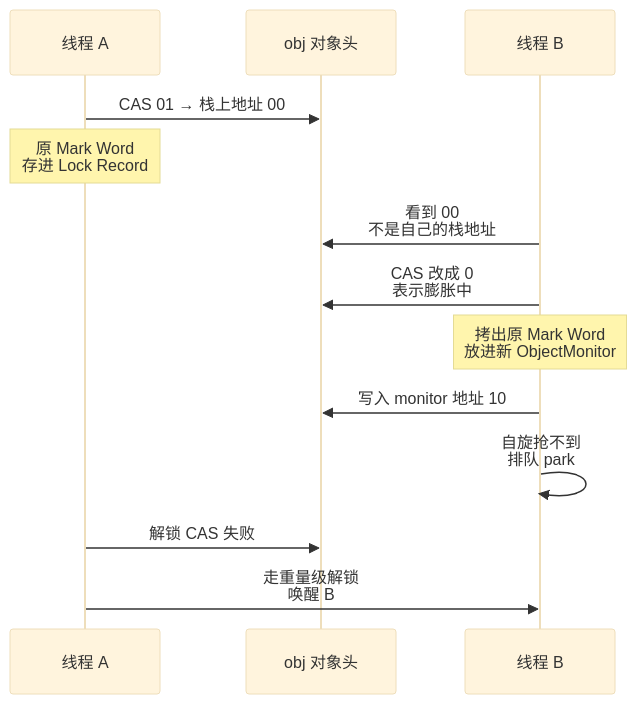
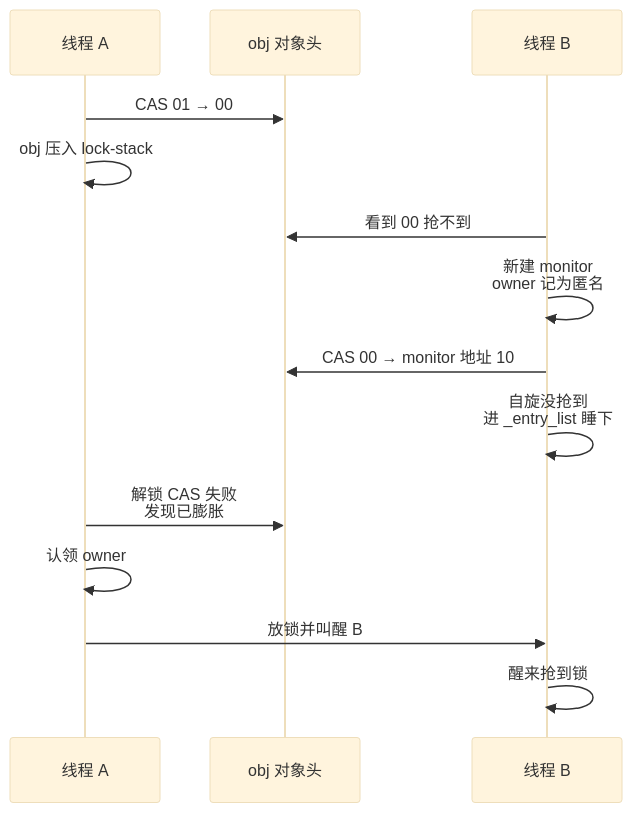
Before and after one commit to mamawai/mamawai.github.io: the second of 6 diagrams in docs/java/concurrency/synchronized-lock-upgrade.md, drawn with Mermaid (base theme). The commit also changed other lines of this file and 2 other files, not shown here.

````diff
--- a/docs/java/concurrency/synchronized-lock-upgrade.md
+++ b/docs/java/concurrency/synchronized-lock-upgrade.md
@@ -138,15 +121,16 @@
 ```mermaid
 sequenceDiagram
   participant A as 线程 A
   participant O as obj 对象头
   participant B as 线程 B
-  A->>O: CAS 01 → 栈上地址 00
-  Note over A: 原 Mark Word<br>存进 Lock Record
-  B->>O: 看到 00<br>不是自己的栈地址
-  B->>O: CAS 改成 0<br>表示膨胀中
-  Note over B: 拷出原 Mark Word<br>放进新 ObjectMonitor
-  B->>O: 写入 monitor 地址 10
-  B->>B: 自旋抢不到<br>排队 park
-  A->>O: 解锁 CAS 失败
-  A->>B: 走重量级解锁<br>唤醒 B
+  A->>O: CAS 01 → 00
+  A->>A: obj 压入 lock-stack
+  B->>O: 看到 00 抢不到
+  B->>B: 新建 monitor<br>owner 记为匿名
+  B->>O: CAS 00 → monitor 地址 10
+  B->>B: 自旋没抢到<br>进 _entry_list 睡下
+  A->>O: 解锁 CAS 失败<br>发现已膨胀
+  A->>A: 认领 owner
+  A->>B: 放锁并叫醒 B
+  B->>B: 醒来抢到锁
 ```
````
